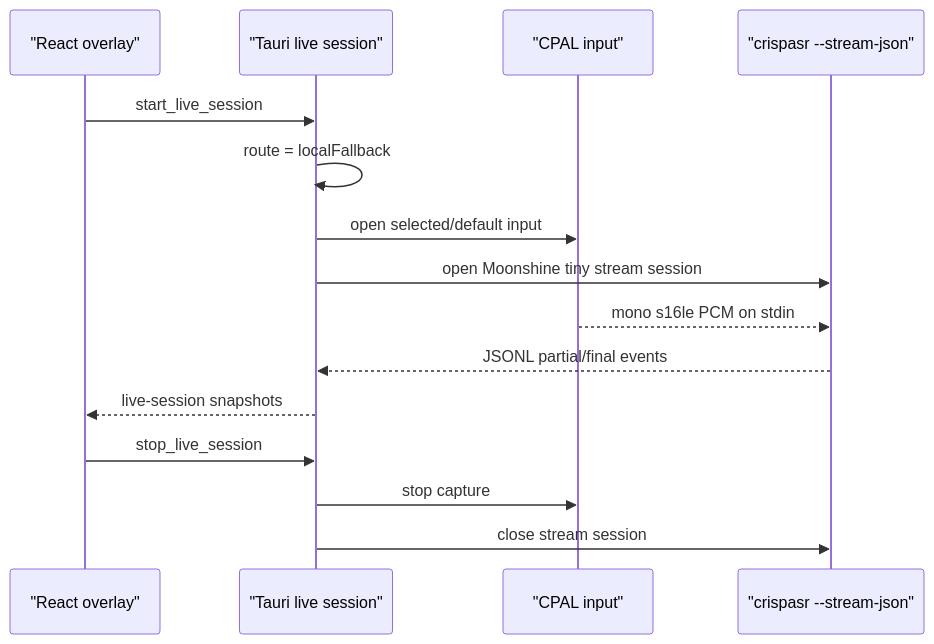
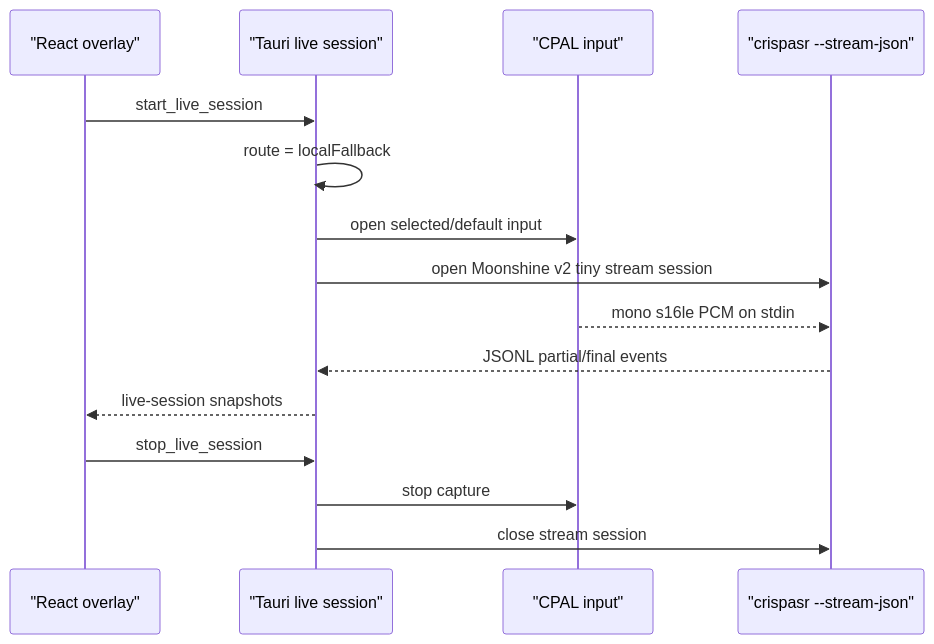
One commit to mcnatg1/yap changed the diagram in docs/superpowers/specs/2026-07-05-local-moonshine-live-transcription.md. Above: the diagram before and after it, drawn with Mermaid. The commit also changed other lines of this file and 19 other files, not shown here.

Commit message:
feat: align live fallback with moonshine v2 tiny

````diff
--- a/docs/superpowers/specs/2026-07-05-local-moonshine-live-transcription.md
+++ b/docs/superpowers/specs/2026-07-05-local-moonshine-live-transcription.md
@@ -24,18 +24,18 @@
 ```mermaid
 sequenceDiagram
     participant UI as "React overlay"
     participant Live as "Tauri live session"
     participant Mic as "CPAL input"
     participant Stream as "crispasr --stream-json"
 
     UI->>Live: start_live_session
     Live->>Live: route = localFallback
     Live->>Mic: open selected/default input
-    Live->>Stream: open Moonshine tiny stream session
+    Live->>Stream: open Moonshine v2 tiny stream session
     Mic-->>Stream: mono s16le PCM on stdin
     Stream-->>Live: JSONL partial/final events
     Live-->>UI: live-session snapshots
     UI->>Live: stop_live_session
     Live->>Mic: stop capture
     Live->>Stream: close stream session
 ```
````
